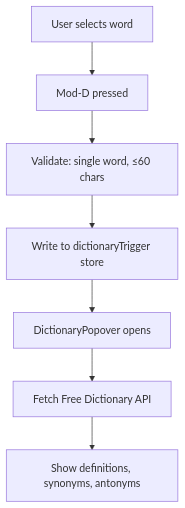
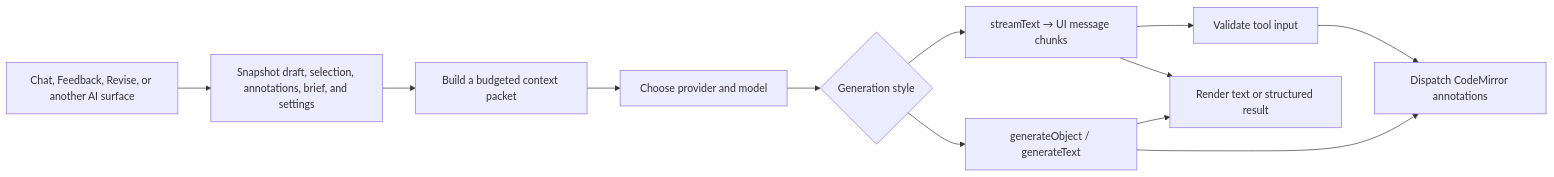
Before and after one commit to ThatXliner/Quillium: the diagram in docs/ai-sidebar.md, drawn with Mermaid. The commit also changed other lines of this file and 6 other files, not shown here.

````diff
--- a/docs/ai-sidebar.md
+++ b/docs/ai-sidebar.md
@@ -68,12 +15,19 @@
 ```mermaid
-flowchart TD
-    Select["User selects word"]
-    Key["Mod-D pressed"]
-    Validate["Validate: single word, ≤60 chars"]
-    Store["Write to dictionaryTrigger store"]
-    Popover["DictionaryPopover opens"]
-    Fetch["Fetch Free Dictionary API"]
-    Display["Show definitions, synonyms, antonyms"]
-    
-    Select --> Key --> Validate --> Store --> Popover --> Fetch --> Display
+flowchart LR
+    UI["Chat, Feedback, Revise, or another AI surface"]
+    Snapshot["Snapshot draft, selection, annotations, brief, and settings"]
+    Context["Build a budgeted context packet"]
+    Transport["Choose provider and model"]
+    Generate{"Generation style"}
+    Stream["streamText → UI message chunks"]
+    Structured["generateObject / generateText"]
+    Tools["Validate tool input"]
+    Editor["Dispatch CodeMirror annotations"]
+    Display["Render text or structured result"]
+
+    UI --> Snapshot --> Context --> Transport --> Generate
+    Generate --> Stream --> Display
+    Stream --> Tools --> Editor
+    Generate --> Structured --> Display
+    Structured --> Editor
 ```
````
